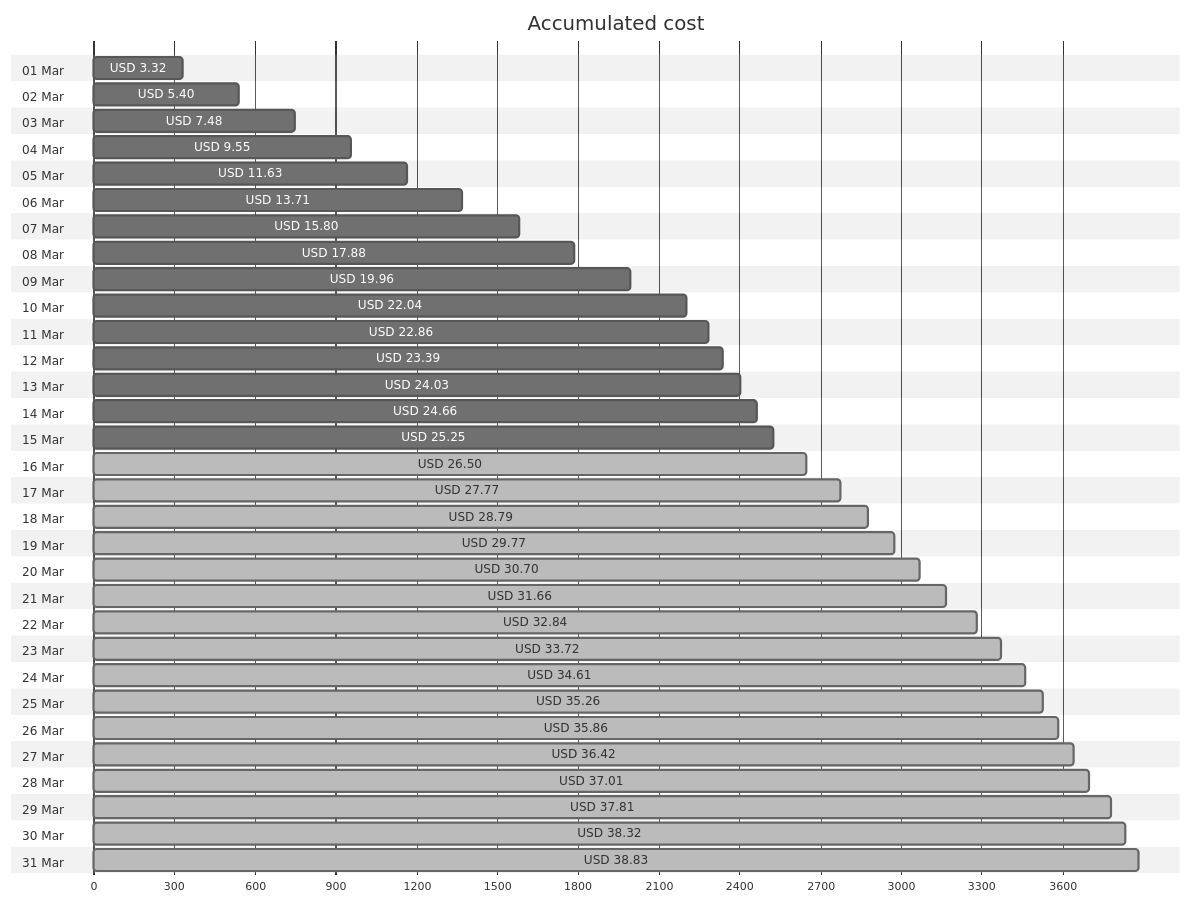
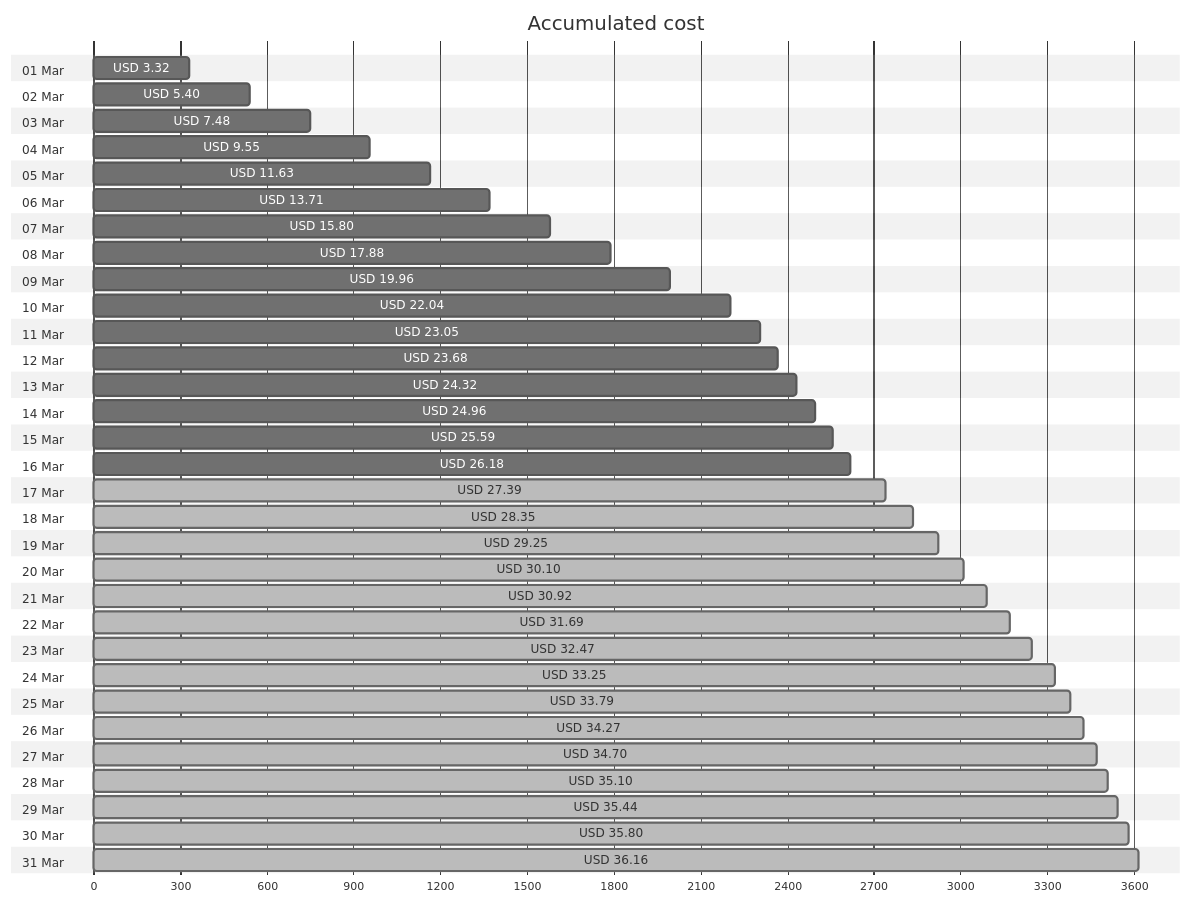
One commit to jpfulton/azure-personal-reports changed the first of 4 diagrams in cost-reports/accumulated-cost.md. Above: the diagram before and after it, drawn with Mermaid (neutral theme). The commit also changed other lines of this file and 4 other files, not shown here.

````diff
--- a/cost-reports/accumulated-cost.md
+++ b/cost-reports/accumulated-cost.md
@@ -20,68 +20,68 @@
 ```mermaid
 gantt
    title Accumulated cost
    dateFormat  X
    axisFormat %s
    section 01 Mar
    USD 3.32 :0, 332
    section 02 Mar
    USD 5.40 :0, 540
    section 03 Mar
    USD 7.48 :0, 748
    section 04 Mar
    USD 9.55 :0, 955
    section 05 Mar
    USD 11.63 :0, 1163
    section 06 Mar
    USD 13.71 :0, 1371
    section 07 Mar
    USD 15.80 :0, 1580
    section 08 Mar
    USD 17.88 :0, 1788
    section 09 Mar
    USD 19.96 :0, 1996
    section 10 Mar
    USD 22.04 :0, 2204
    section 11 Mar
-   USD 22.86 :0, 2286
+   USD 23.05 :0, 2305
    section 12 Mar
-   USD 23.39 :0, 2339
+   USD 23.68 :0, 2368
    section 13 Mar
-   USD 24.03 :0, 2403
+   USD 24.32 :0, 2432
    section 14 Mar
-   USD 24.66 :0, 2466
+   USD 24.96 :0, 2496
    section 15 Mar
-   USD 25.25 :0, 2525
+   USD 25.59 :0, 2559
    section 16 Mar
-   USD 26.50 : done, 0, 2650
+   USD 26.18 :0, 2618
    section 17 Mar
-   USD 27.77 : done, 0, 2777
+   USD 27.39 : done, 0, 2739
    section 18 Mar
-   USD 28.79 : done, 0, 2879
+   USD 28.35 : done, 0, 2835
    section 19 Mar
-   USD 29.77 : done, 0, 2977
+   USD 29.25 : done, 0, 2925
    section 20 Mar
-   USD 30.70 : done, 0, 3070
+   USD 30.10 : done, 0, 3010
    section 21 Mar
-   USD 31.66 : done, 0, 3166
+   USD 30.92 : done, 0, 3092
    section 22 Mar
-   USD 32.84 : done, 0, 3284
+   USD 31.69 : done, 0, 3169
    section 23 Mar
-   USD 33.72 : done, 0, 3372
+   USD 32.47 : done, 0, 3247
    section 24 Mar
-   USD 34.61 : done, 0, 3461
+   USD 33.25 : done, 0, 3325
    section 25 Mar
-   USD 35.26 : done, 0, 3526
+   USD 33.79 : done, 0, 3379
    section 26 Mar
-   USD 35.86 : done, 0, 3586
+   USD 34.27 : done, 0, 3427
    section 27 Mar
-   USD 36.42 : done, 0, 3642
+   USD 34.70 : done, 0, 3470
    section 28 Mar
-   USD 37.01 : done, 0, 3701
+   USD 35.10 : done, 0, 3510
    section 29 Mar
-   USD 37.81 : done, 0, 3781
+   USD 35.44 : done, 0, 3544
    section 30 Mar
-   USD 38.32 : done, 0, 3832
+   USD 35.80 : done, 0, 3580
    section 31 Mar
-   USD 38.83 : done, 0, 3883
+   USD 36.16 : done, 0, 3616
 ```
````
